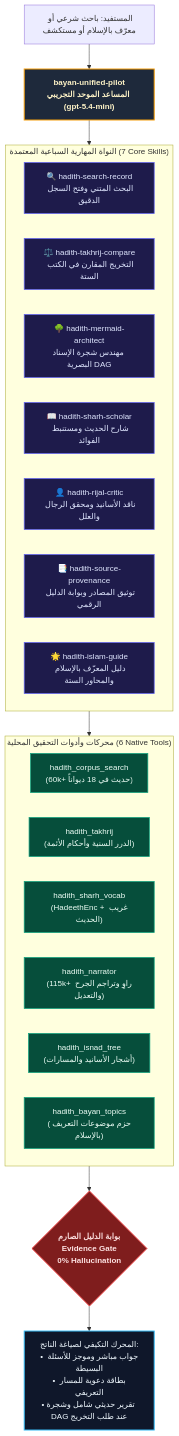
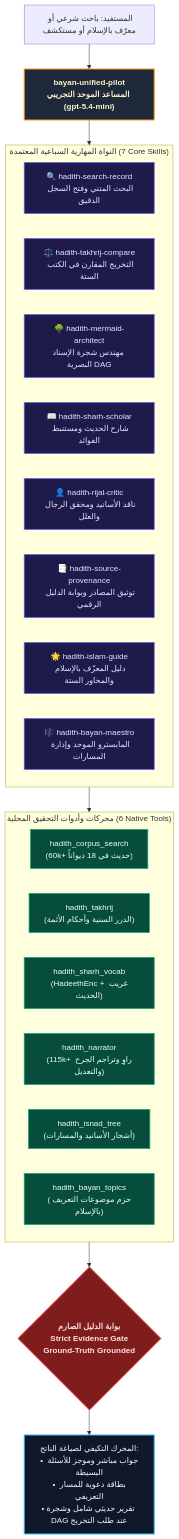
The diagram in README.md (talhodhud/open-webui), drawn with Mermaid before and after one commit. The commit also changed other lines of this file and 11 other files, not shown here.

Commit message:
fix(delivery): satisfy delivery audit, add maestro skill, make test runner portable for judges, and tone down claims

````diff
--- a/README.md
+++ b/README.md
@@ -45,43 +45,44 @@
 ```mermaid
 flowchart TD
     User["المستفيد: باحث شرعي أو معرّف بالإسلام أو مستكشف"] --> Pilot["bayan-unified-pilot<br/>المساعد الموحد التجريبي (gpt-5.4-mini)"]
     
     subgraph SkillsCore ["النواة المهارية السباعية المعتمدة (7 Core Skills)"]
         S1["🔍 hadith-search-record<br/>البحث المتني وفتح السجل الدقيق"]
         S2["⚖️ hadith-takhrij-compare<br/>التخريج المقارن في الكتب الستة"]
         S3["🌳 hadith-mermaid-architect<br/>مهندس شجرة الإسناد البصرية DAG"]
         S4["📖 hadith-sharh-scholar<br/>شارح الحديث ومستنبط الفوائد"]
         S5["👤 hadith-rijal-critic<br/>ناقد الأسانيد ومحقق الرجال والعلل"]
         S6["📑 hadith-source-provenance<br/>توثيق المصادر وبوابة الدليل الرقمي"]
         S7["🌟 hadith-islam-guide<br/>دليل المعرّف بالإسلام والمحاور الستة"]
+        S8["🎼 hadith-bayan-maestro<br/>المايسترو الموحد وإدارة المسارات"]
     end
 
     Pilot --> SkillsCore
 
     subgraph DataEngine ["محركات وأدوات التحقيق المحلية (6 Native Tools)"]
         T1["hadith_corpus_search<br/>(60k+ حديث في 18 ديواناً)"]
         T2["hadith_takhrij<br/>(الدرر السنية وأحكام الأئمة)"]
         T3["hadith_sharh_vocab<br/>(HadeethEnc + غريب الحديث)"]
         T4["hadith_narrator<br/>(115k+ راوٍ وتراجم الجرح والتعديل)"]
         T5["hadith_isnad_tree<br/>(أشجار الأسانيد والمسارات)"]
         T6["hadith_bayan_topics<br/>(حزم موضوعات التعريف بالإسلام)"]
     end
 
     SkillsCore --> DataEngine
 
-    DataEngine --> EvidenceGate{"بوابة الدليل الصارم<br/>Evidence Gate<br/>0% Hallucination"}
+    DataEngine --> EvidenceGate{"بوابة الدليل الصارم<br/>Strict Evidence Gate<br/>Ground-Truth Grounded"}
     
     EvidenceGate --> AdaptiveOut["المحرك التكيفي لصياغة الناتج:<br/>• جواب مباشر وموجز للأسئلة البسيطة<br/>• بطاقة دعوية للمسار التعريفي<br/>• تقرير حديثي شامل وشجرة DAG عند طلب التخريج"]
 
     classDef pilot fill:#1e293b,stroke:#f59e0b,stroke-width:2px,color:#fef3c7,font-weight:bold;
     classDef skill fill:#1e1b4b,stroke:#6366f1,stroke-width:1.5px,color:#e0e7ff;
     classDef tool fill:#064e3b,stroke:#10a37f,stroke-width:1.5px,color:#ecfdf5;
     classDef gate fill:#7f1d1d,stroke:#ef4444,stroke-width:2px,color:#fee2e2,font-weight:bold;
     classDef out fill:#0f172a,stroke:#38bdf8,stroke-width:2px,color:#f0f9ff;
 
     class Pilot pilot;
-    class S1,S2,S3,S4,S5,S6,S7 skill;
+    class S1,S2,S3,S4,S5,S6,S7,S8 skill;
     class T1,T2,T3,T4,T5,T6 tool;
     class EvidenceGate gate;
     class AdaptiveOut out;
 ```
````
